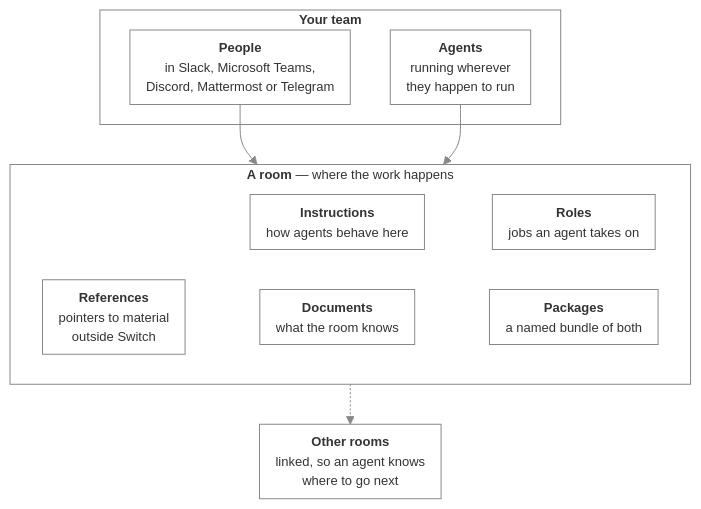
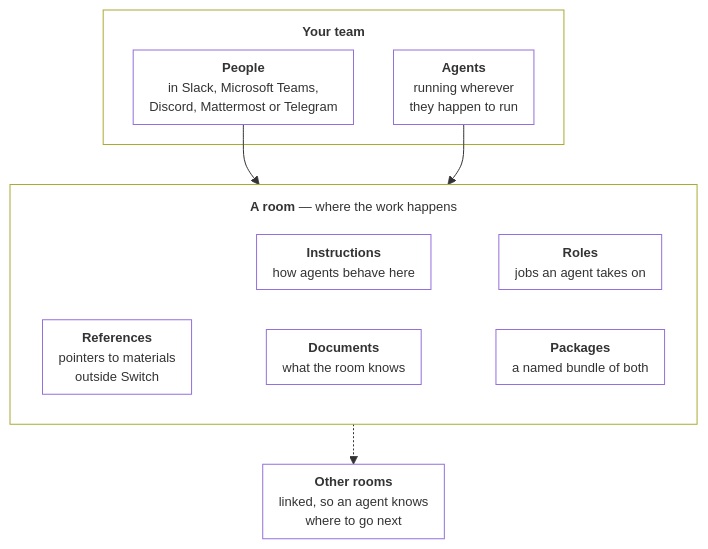
The diagram in docs/official/building/index.md (sandbox-quantum/switch), drawn with Mermaid before and after one commit. The commit also changed other lines of this file and 73 other files, not shown here.

````diff
--- a/docs/official/building/index.md
+++ b/docs/official/building/index.md
@@ -13,31 +11,30 @@
 ```mermaid
-%%{init: {'themeVariables': {'fontSize': '13px'}, 'flowchart': {'padding': 8, 'nodeSpacing': 40, 'rankSpacing': 40}}}%%
+%%{init: {'themeVariables': {'fontSize': '13px'}, 'flowchart': {'padding': 8, 'nodeSpacing': 40, 'rankSpacing': 40, 'subGraphTitleMargin': {'top': 12, 'bottom': 8}}}}%%
 flowchart TB
   subgraph team["<b>Your team</b>"]
     people["<b>People</b><br/>in Slack, Microsoft Teams,<br/>Discord, Mattermost or Telegram"]
     agents["<b>Agents</b><br/>running wherever<br/>they happen to run"]
   end
 
   subgraph room["<b>A room</b> — where the work happens"]
     instructions["<b>Instructions</b><br/>how agents behave here"]
     roles["<b>Roles</b><br/>jobs an agent takes on"]
-    refs["<b>References</b><br/>pointers to material<br/>outside Switch"]
+    refs["<b>References</b><br/>pointers to materials<br/>outside Switch"]
     docs["<b>Documents</b><br/>what the room knows"]
     packs["<b>Packages</b><br/>a named bundle of both"]
     instructions ~~~ roles
     refs ~~~ docs
     docs ~~~ packs
   end
 
   others["<b>Other rooms</b><br/>linked, so an agent knows<br/>where to go next"]
 
   people --> room
   agents --> room
   room -.-> others
 
-  classDef plain fill:none,stroke:#888888,stroke-width:1px
+  classDef plain fill:none,stroke-width:1px
   class people,agents,instructions,roles,refs,docs,packs,others plain
-  style team fill:none,stroke:#888888,stroke-width:1px
-  style room fill:none,stroke:#888888,stroke-width:1px
-  linkStyle default stroke:#888888
+  style team fill:none,stroke-width:1px
+  style room fill:none,stroke-width:1px
 ```
````
